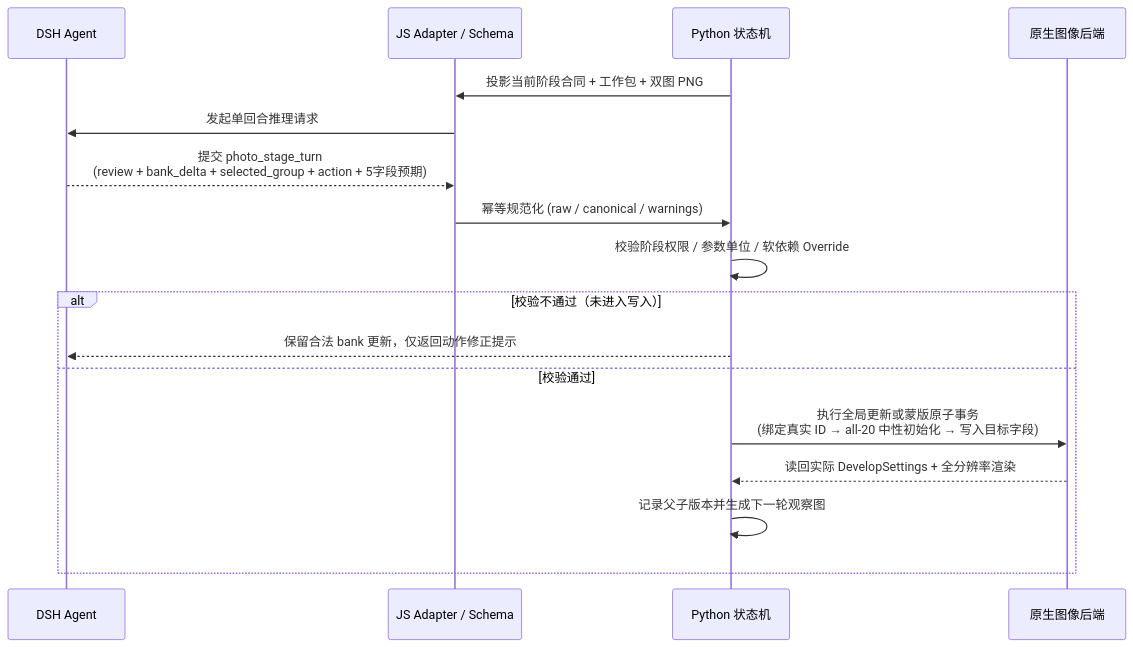
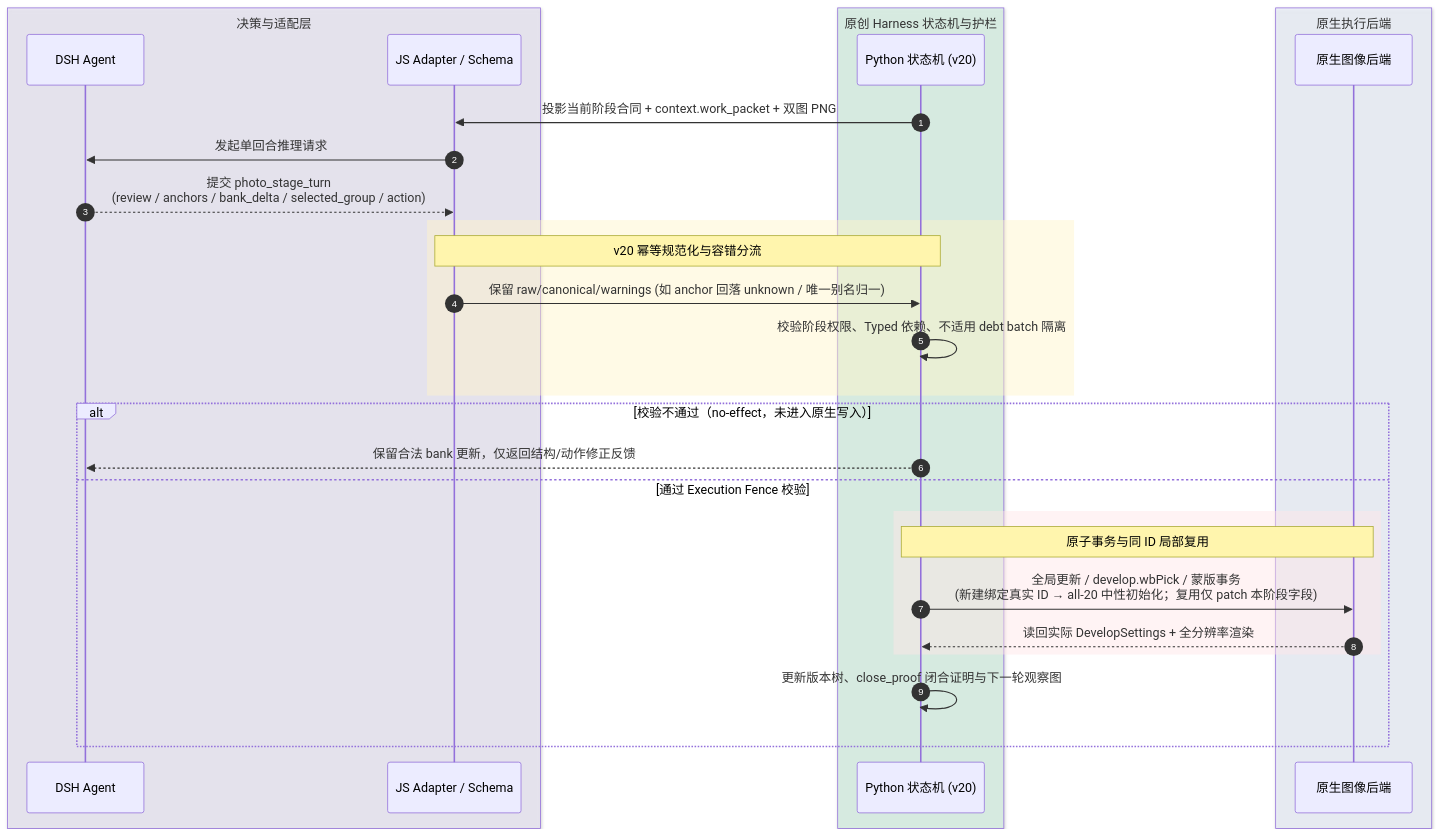
The fourth of 4 diagrams in README.md (ARCHIC001/RetouchAgain), drawn with Mermaid before and after one commit. The commit also changed other lines of this file and 5 other files, not shown here.

````diff
--- a/README.md
+++ b/README.md
@@ -97,20 +128,35 @@
 ```mermaid
 sequenceDiagram
-    participant Agent as DSH Agent
-    participant Adapter as JS Adapter / Schema
-    participant Worker as Python 状态机
-    participant Native as 原生图像后端
+    autonumber
+    box rgba(237, 233, 254, 0.5) 决策与适配层
+        participant Agent as DSH Agent
+        participant Adapter as JS Adapter / Schema
+    end
+    box rgba(209, 250, 229, 0.5) 原创 Harness 状态机与护栏
+        participant Worker as Python 状态机 (v20)
+    end
+    box rgba(239, 246, 255, 0.7) 原生执行后端
+        participant Native as 原生图像后端
+    end
 
-    Worker->>Adapter: 投影当前阶段合同 + 工作包 + 双图 PNG
+    Worker->>Adapter: 投影当前阶段合同 + context.work_packet + 双图 PNG
     Adapter->>Agent: 发起单回合推理请求
-    Agent-->>Adapter: 提交 photo_stage_turn<br/>(review + bank_delta + selected_group + action + 5字段预期)
-    Adapter->>Worker: 幂等规范化 (raw / canonical / warnings)
-    Worker->>Worker: 校验阶段权限 / 参数单位 / 软依赖 Override
-    alt 校验不通过（未进入写入）
-        Worker-->>Agent: 保留合法 bank 更新，仅返回动作修正提示
-    else 校验通过
-        Worker->>Native: 执行全局更新或蒙版原子事务<br/>(绑定真实 ID → all-20 中性初始化 → 写入目标字段)
-        Native-->>Worker: 读回实际 DevelopSettings + 全分辨率渲染
-        Worker->>Worker: 记录父子版本并生成下一轮观察图
+    Agent-->>Adapter: 提交 photo_stage_turn<br/>(review / anchors / bank_delta / selected_group / action)
+
+    rect rgba(254, 243, 199, 0.45)
+        Note over Adapter,Worker: v20 幂等规范化与容错分流
+        Adapter->>Worker: 保留 raw/canonical/warnings (如 anchor 回落 unknown / 唯一别名归一)
+        Worker->>Worker: 校验阶段权限、Typed 依赖、不适用 debt batch 隔离
+    end
+
+    alt 校验不通过（no-effect，未进入原生写入）
+        Worker-->>Agent: 保留合法 bank 更新，仅返回结构/动作修正反馈
+    else 通过 Execution Fence 校验
+        rect rgba(255, 228, 230, 0.45)
+            Note over Worker,Native: 原子事务与同 ID 局部复用
+            Worker->>Native: 全局更新 / develop.wbPick / 蒙版事务<br/>(新建绑定真实 ID → all-20 中性初始化；复用仅 patch 本阶段字段)
+            Native-->>Worker: 读回实际 DevelopSettings + 全分辨率渲染
+        end
+        Worker->>Worker: 更新版本树、close_proof 闭合证明与下一轮观察图
     end
 ```
````
